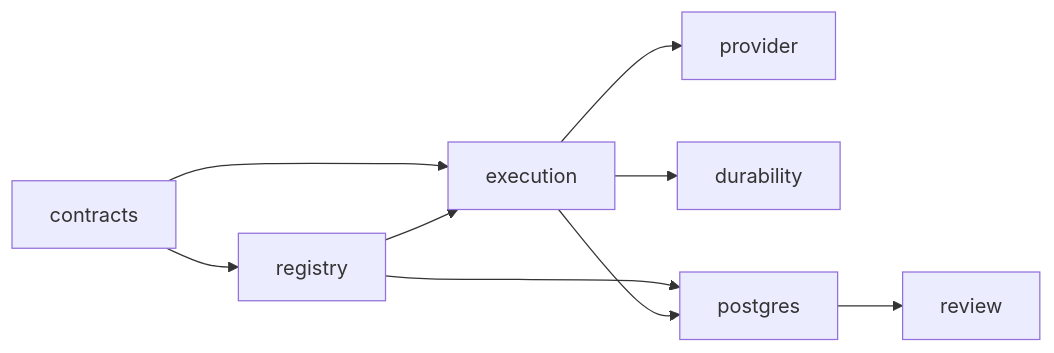
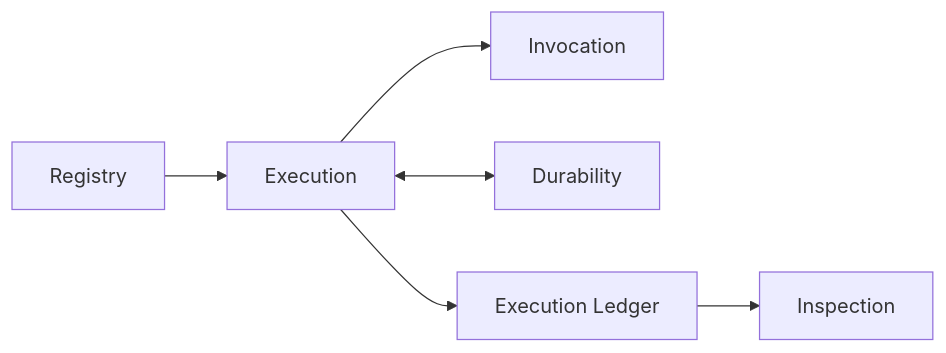
The second of 4 diagrams in src/agent_runtime/design_contract/agent_runtime_06_standalone_package_and_lifecycle_contract.md (bobaoai/agent_runtime), drawn with Mermaid before and after one commit. The commit also changed other lines of this file and 53 other files, not shown here.

First line of the commit message:
refactor: separate runtime architecture axes

````diff
--- a/src/agent_runtime/design_contract/agent_runtime_06_standalone_package_and_lifecycle_contract.md
+++ b/src/agent_runtime/design_contract/agent_runtime_06_standalone_package_and_lifecycle_contract.md
@@ -185,11 +178,8 @@
 ```mermaid
 flowchart LR
-    CONTRACTS["contracts"] --> REGISTRY["registry"]
-    CONTRACTS --> EXECUTION["execution"]
-    REGISTRY --> EXECUTION
-    EXECUTION --> PROVIDER["provider"]
-    EXECUTION --> DURABILITY["durability"]
-    REGISTRY --> POSTGRES["postgres"]
-    EXECUTION --> POSTGRES
-    POSTGRES --> REVIEW["review"]
+    REGISTRY["Registry"] --> EXECUTION["Execution"]
+    EXECUTION --> INVOCATION["Invocation"]
+    EXECUTION <--> DURABILITY["Durability"]
+    EXECUTION --> LEDGER["Execution Ledger"]
+    LEDGER --> INSPECTION["Inspection"]
 ```
````
